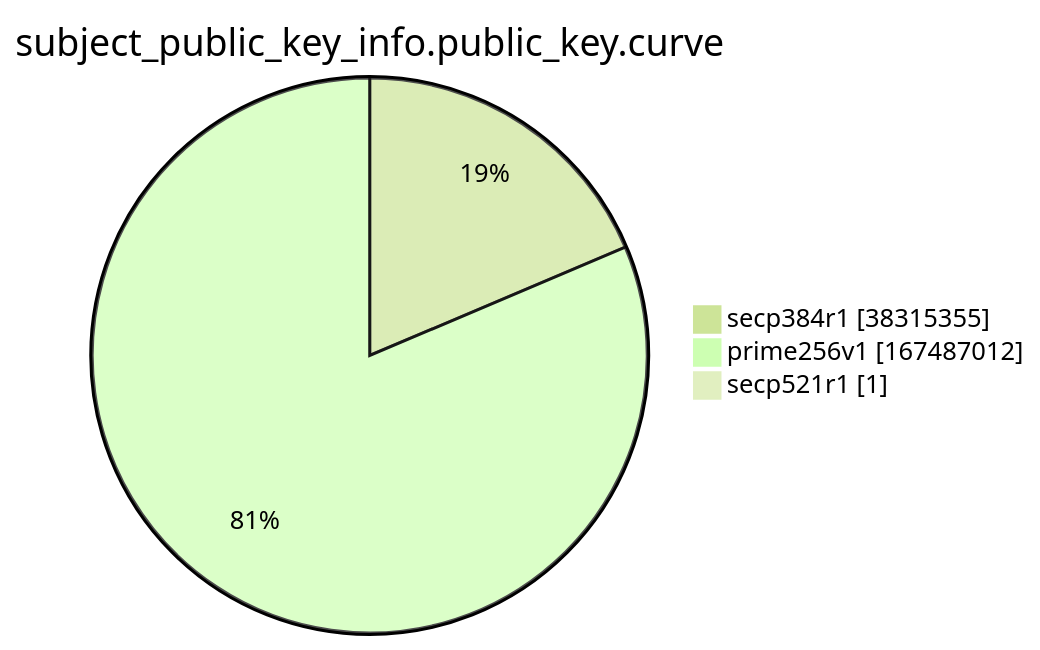
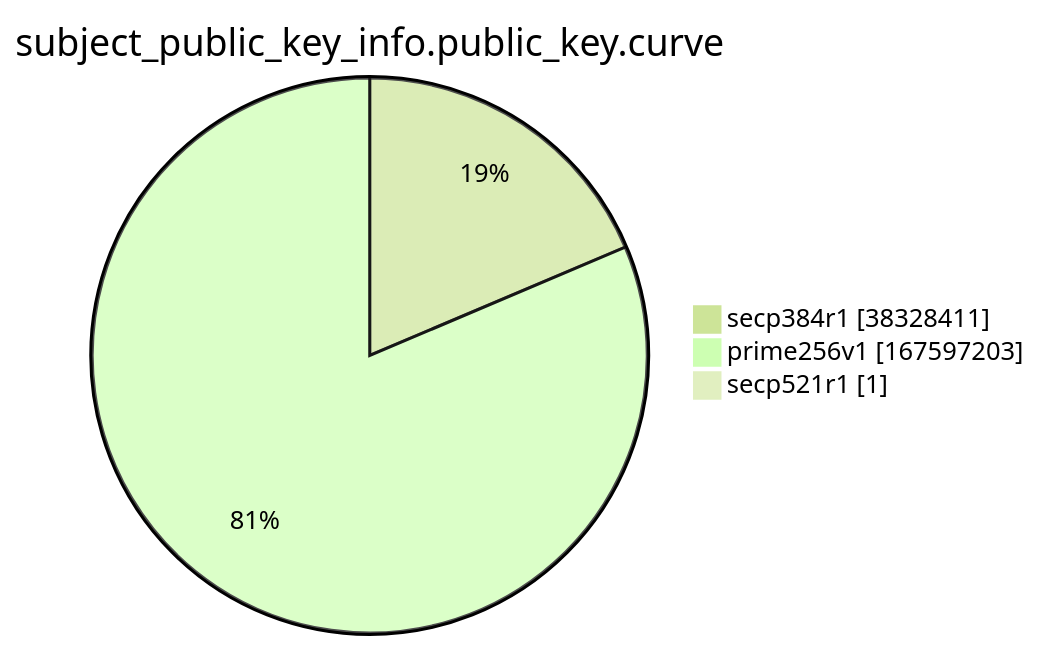
One commit to christiankrug/ctmonitor_visualization changed the ninth of 15 diagrams in argon2022/README.md. Above: the diagram before and after it, drawn with Mermaid (forest theme). The commit also changed other lines of this file, not shown here.

````diff
--- a/argon2022/README.md
+++ b/argon2022/README.md
@@ -2766,7 +2766,7 @@
 ```mermaid
 pie showData
 title subject_public_key_info.public_key.curve
-"secp384r1" :38315355
-"prime256v1" :167487012
+"secp384r1" :38328411
+"prime256v1" :167597203
 "secp521r1" :1
 ```
````
